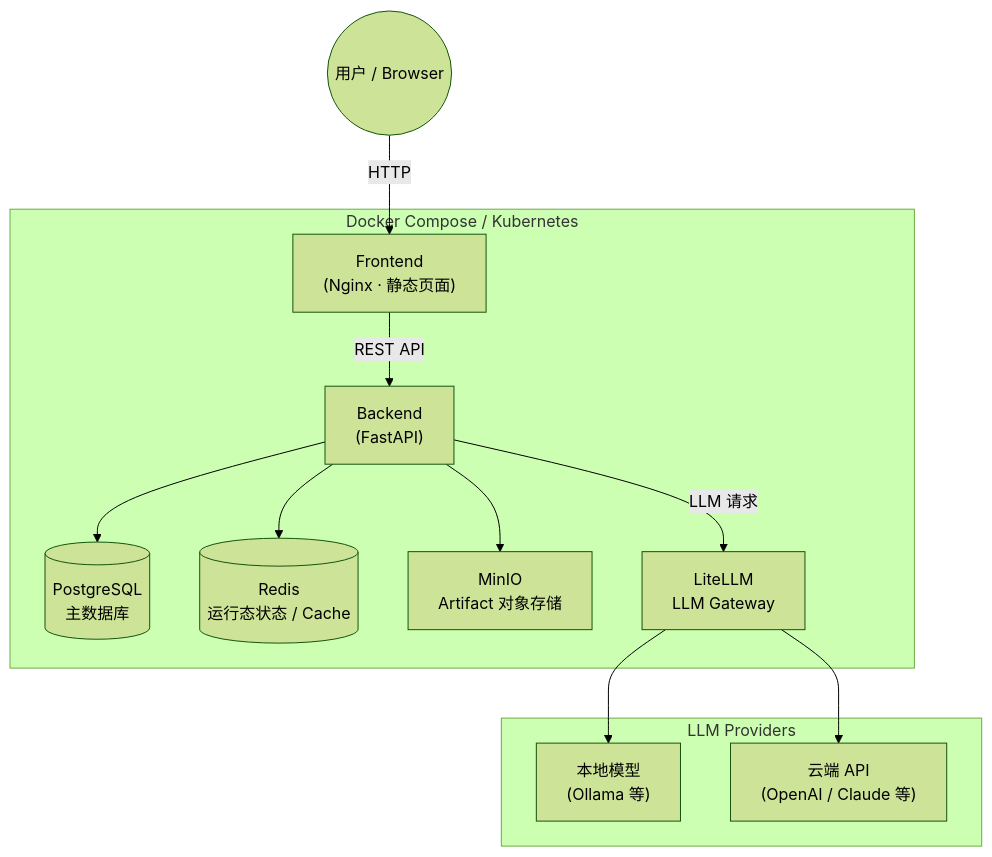
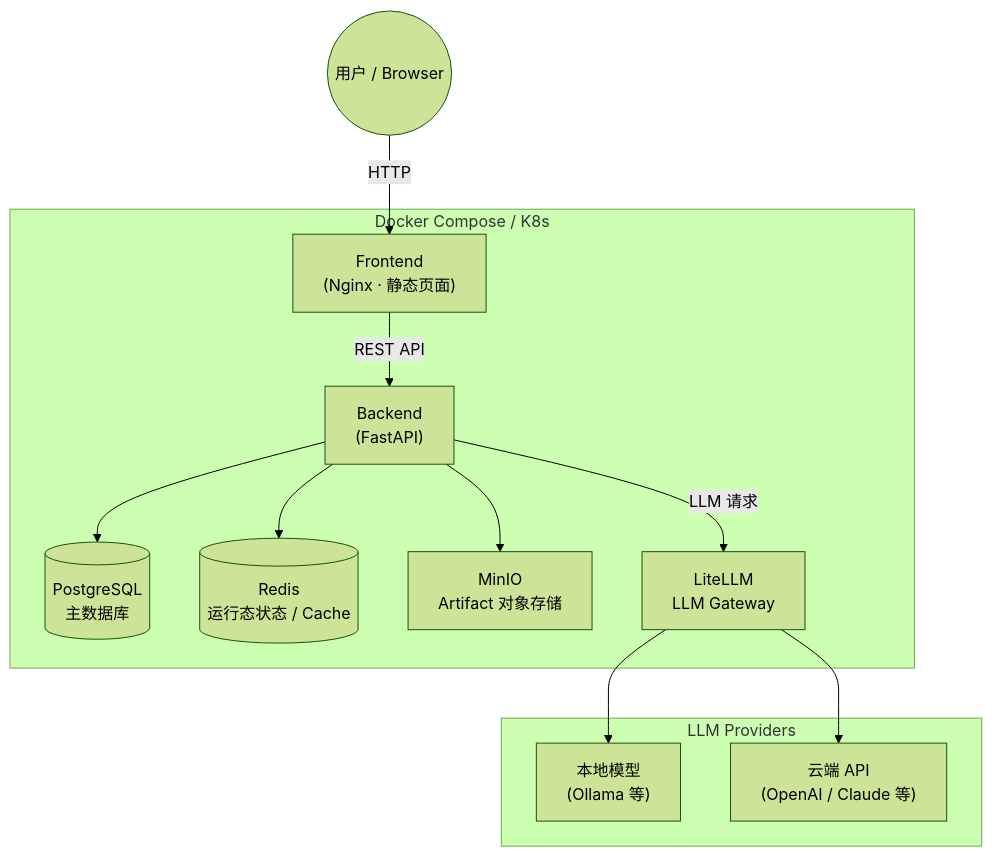
The diagram in README.md (ColaXiaomao/traceable-execution-platform), drawn with Mermaid (forest theme) before and after one commit. The commit also changed other lines of this file, not shown here.

Commit message:
docs: 修改了README

````diff
--- a/README.md
+++ b/README.md
@@ -21,29 +21,29 @@
 ```mermaid
 graph TD
     User(("用户 / Browser"))
 
     User -->|HTTP| Frontend
 
-    subgraph Docker Compose / Kubernetes
+    subgraph Platform["Docker Compose / K8s"]
         Frontend["Frontend<br/>(Nginx · 静态页面)"]
         Backend["Backend<br/>(FastAPI)"]
         PG[("PostgreSQL<br/>主数据库")]
         Redis[("Redis<br/>运行态状态 / Cache")]
         MinIO["MinIO<br/>Artifact 对象存储"]
         LiteLLM["LiteLLM<br/>LLM Gateway"]
 
         Frontend -->|REST API| Backend
         Backend --> PG
         Backend --> Redis
         Backend --> MinIO
         Backend -->|LLM 请求| LiteLLM
     end
 
     subgraph LLM Providers
         LocalAI["本地模型<br/>(Ollama 等)"]
         ExtAPI["云端 API<br/>(OpenAI / Claude 等)"]
     end
 
     LiteLLM --> LocalAI
     LiteLLM --> ExtAPI
 ```
````
